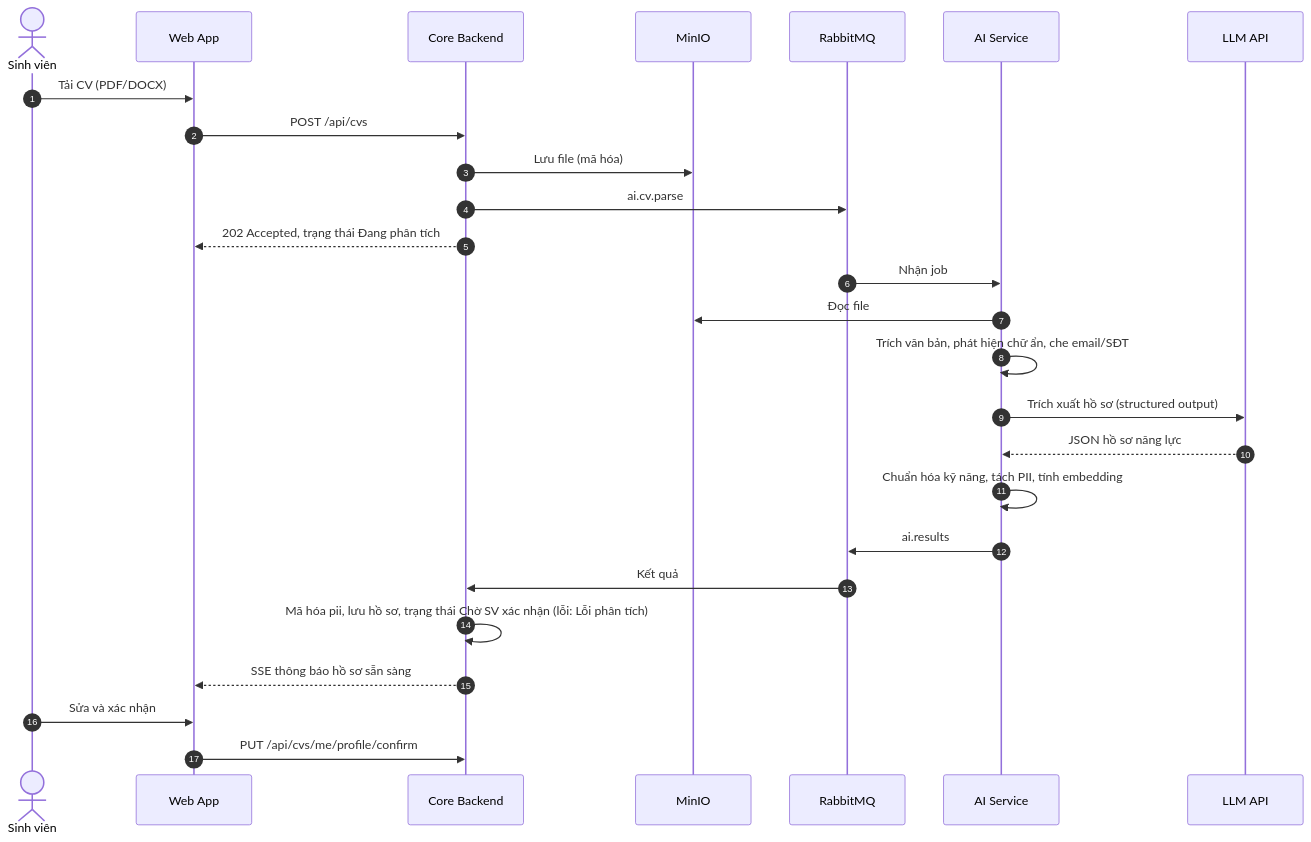
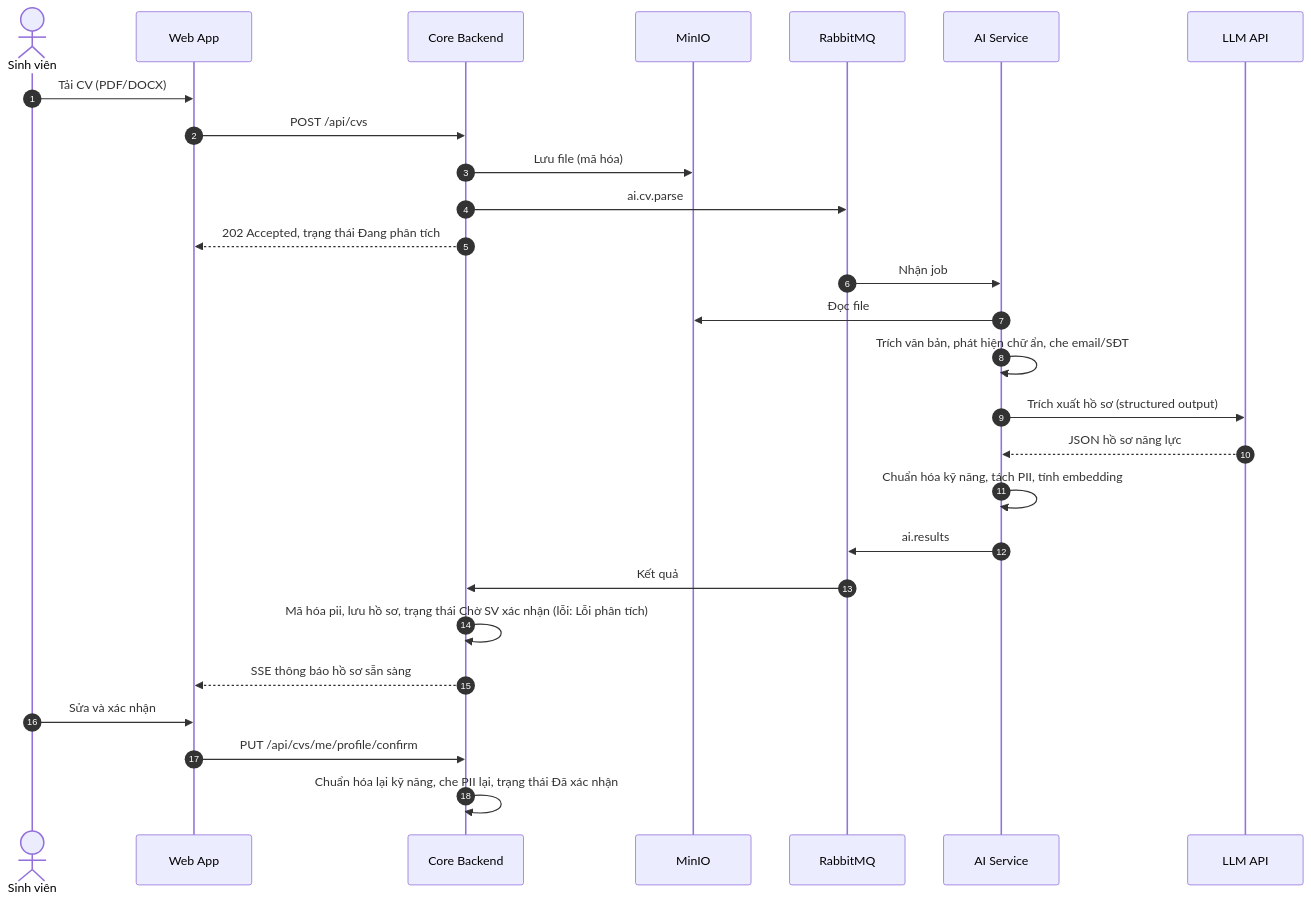
One commit to PDTnhah/Smart-Recruit-Match changed the second of 4 diagrams in docs/ARCHITECTURE.md. Above: the diagram before and after it, drawn with Mermaid. The commit also changed other lines of this file and 51 other files, not shown here.

````diff
--- a/docs/ARCHITECTURE.md
+++ b/docs/ARCHITECTURE.md
@@ -560,28 +560,29 @@
 ```mermaid
 sequenceDiagram
     autonumber
     actor SV as Sinh viên
     participant FE as Web App
     participant BE as Core Backend
     participant S3 as MinIO
     participant MQ as RabbitMQ
     participant AI as AI Service
     participant LLM as LLM API
     SV->>FE: Tải CV (PDF/DOCX)
     FE->>BE: POST /api/cvs
     BE->>S3: Lưu file (mã hóa)
     BE->>MQ: ai.cv.parse
     BE-->>FE: 202 Accepted, trạng thái Đang phân tích
     MQ->>AI: Nhận job
     AI->>S3: Đọc file
     AI->>AI: Trích văn bản, phát hiện chữ ẩn, che email/SĐT
     AI->>LLM: Trích xuất hồ sơ (structured output)
     LLM-->>AI: JSON hồ sơ năng lực
     AI->>AI: Chuẩn hóa kỹ năng, tách PII, tính embedding
     AI->>MQ: ai.results
     MQ->>BE: Kết quả
     BE->>BE: Mã hóa pii, lưu hồ sơ, trạng thái Chờ SV xác nhận (lỗi: Lỗi phân tích)
     BE-->>FE: SSE thông báo hồ sơ sẵn sàng
     SV->>FE: Sửa và xác nhận
     FE->>BE: PUT /api/cvs/me/profile/confirm
+    BE->>BE: Chuẩn hóa lại kỹ năng, che PII lại, trạng thái Đã xác nhận
 ```
````
